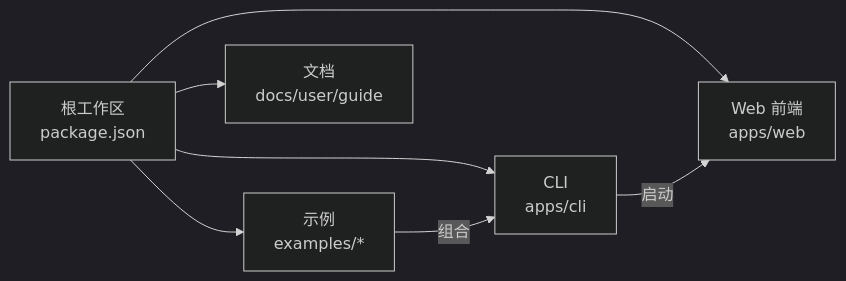
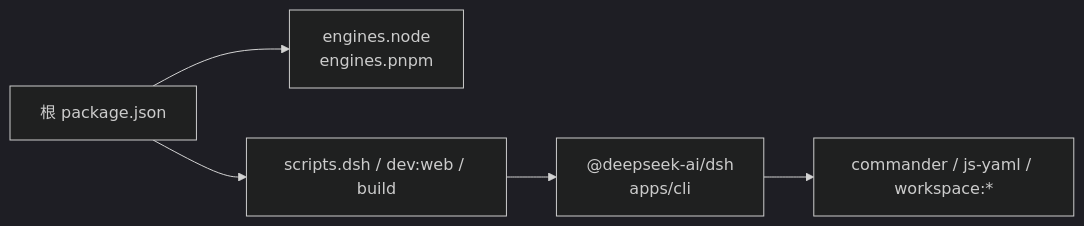
One commit to gongzili456/deepseek-harness changed the eighth of 8 diagrams in .qoder/repowiki/zh/content/项目概览/快速开始.md. Above: the diagram before and after it, drawn with Mermaid (dark theme). The commit also changed other lines of this file and 1001 other files, not shown here.

````diff
--- a/.qoder/repowiki/zh/content/项目概览/快速开始.md
+++ b/.qoder/repowiki/zh/content/项目概览/快速开始.md
@@ -181,9 +239,7 @@
 ```mermaid
 graph LR
-Root["根工作区<br/>package.json"] --> CLI["CLI<br/>apps/cli"]
-Root --> Web["Web 前端<br/>apps/web"]
-Root --> Ex["示例<br/>examples/*"]
-Root --> Docs["文档<br/>docs/user/guide"]
-CLI --> |启动| Web
-Ex --> |组合| CLI
+Root["根 package.json"] --> Engine["engines.node<br/>engines.pnpm"]
+Root --> Scripts["scripts.dsh / dev:web / build"]
+Scripts --> CLI["@deepseek-ai/dsh<br/>apps/cli"]
+CLI --> Deps["commander / js-yaml / workspace:*"]
 ```
````
